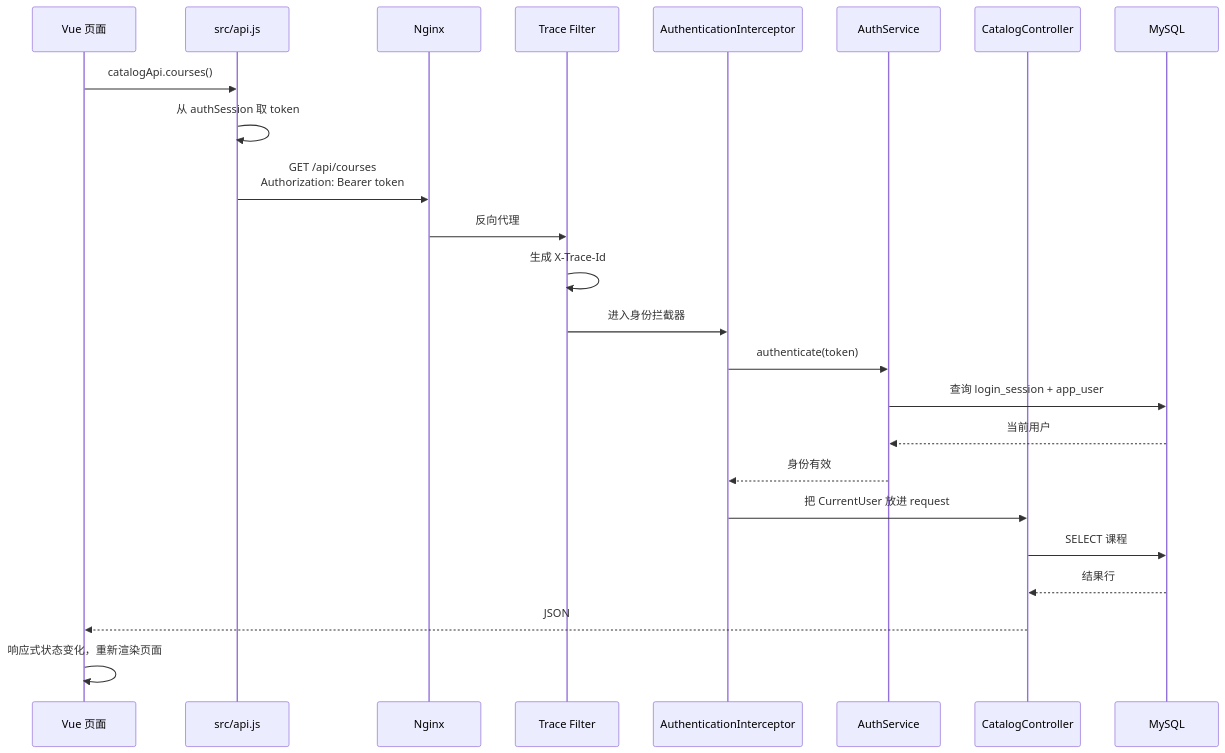
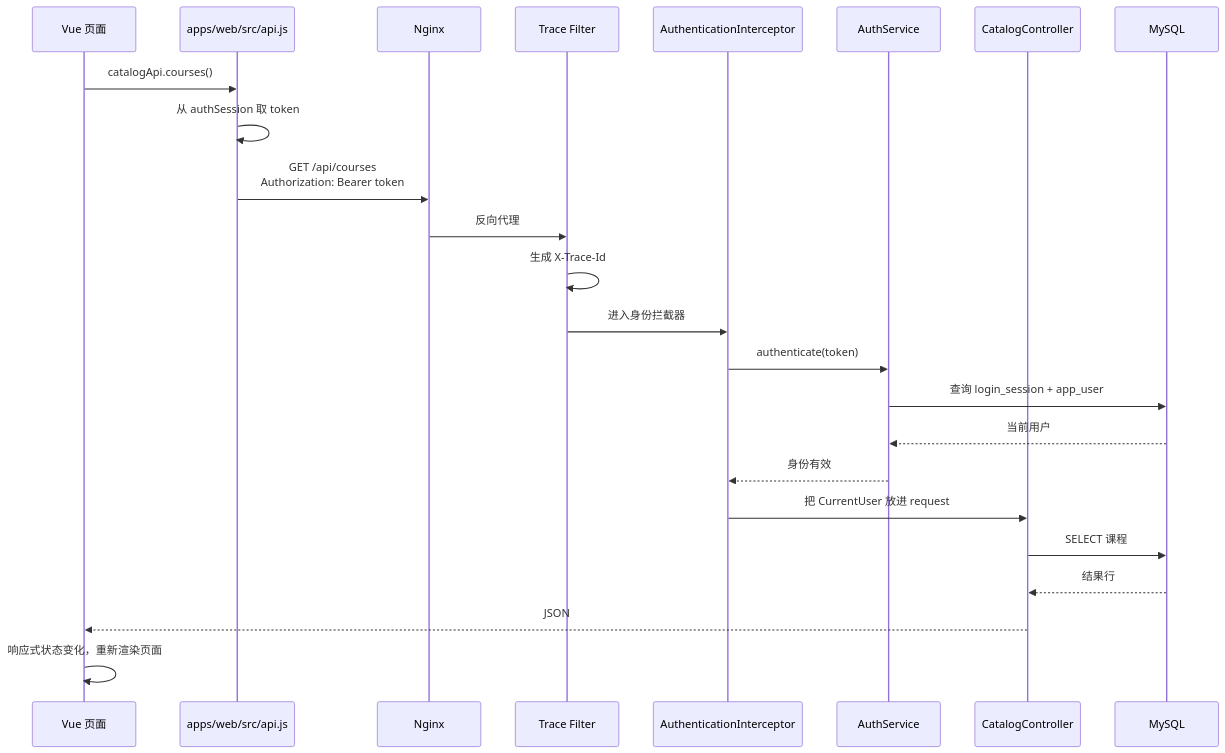
Before and after one commit to storyon403-afk/Final_Compass: the fifth of 11 diagrams in docs/系统运行全景图与数学网络模型.md, drawn with Mermaid. The commit also changed 697 other files, not shown here.

````diff
--- a/docs/系统运行全景图与数学网络模型.md
+++ b/docs/系统运行全景图与数学网络模型.md
@@ -234,27 +234,27 @@
 ```mermaid
 sequenceDiagram
     participant V as Vue 页面
-    participant APIJS as src/api.js
+    participant APIJS as apps/web/src/api.js
     participant N as Nginx
     participant T as Trace Filter
     participant I as AuthenticationInterceptor
     participant S as AuthService
     participant C as CatalogController
     participant DB as MySQL
 
     V->>APIJS: catalogApi.courses()
     APIJS->>APIJS: 从 authSession 取 token
     APIJS->>N: GET /api/courses<br/>Authorization: Bearer token
     N->>T: 反向代理
     T->>T: 生成 X-Trace-Id
     T->>I: 进入身份拦截器
     I->>S: authenticate(token)
     S->>DB: 查询 login_session + app_user
     DB-->>S: 当前用户
     S-->>I: 身份有效
     I->>C: 把 CurrentUser 放进 request
     C->>DB: SELECT 课程
     DB-->>C: 结果行
     C-->>V: JSON
     V->>V: 响应式状态变化，重新渲染页面
 ```
````
